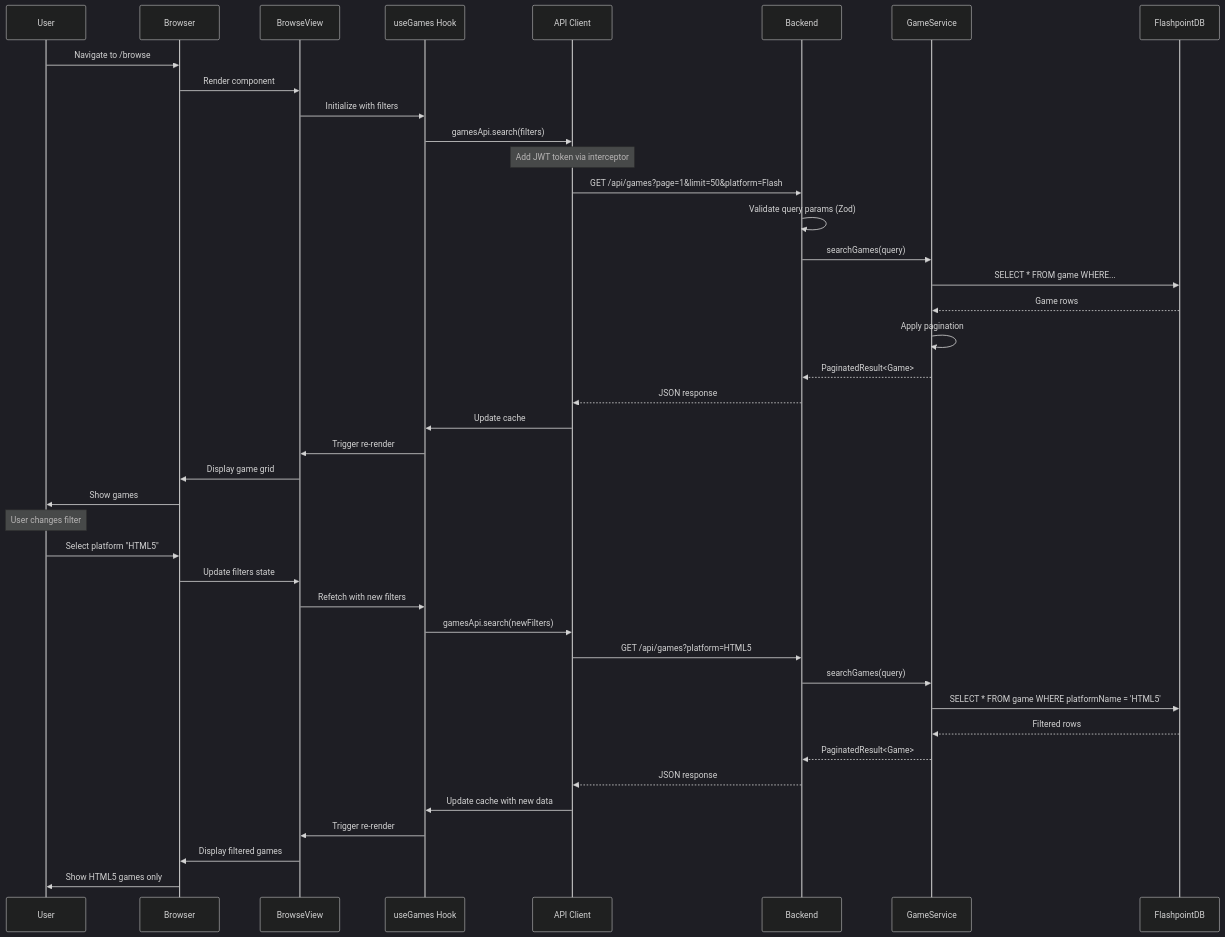
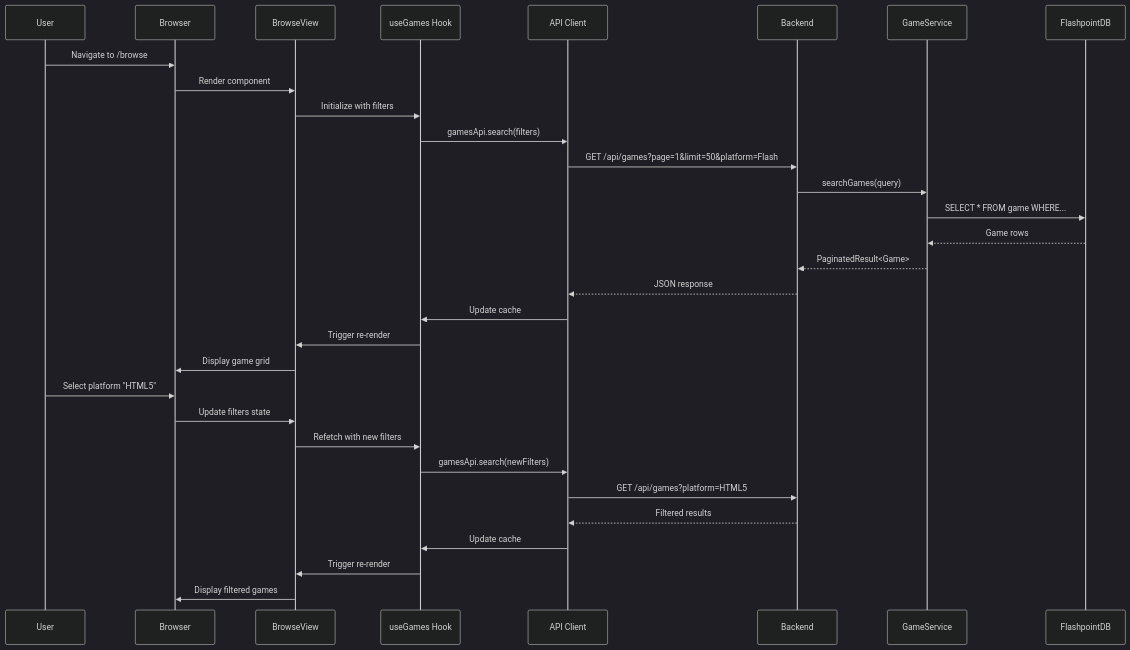
Before and after one commit to darkraise/flashpoint-web: the first of 9 diagrams in docs/02-architecture/data-flow-diagrams.md, drawn with Mermaid (dark theme). The commit also changed other lines of this file and 98 other files, not shown here.

````diff
--- a/docs/02-architecture/data-flow-diagrams.md
+++ b/docs/02-architecture/data-flow-diagrams.md
@@ -14,48 +5,36 @@
 ```mermaid
 sequenceDiagram
     participant User
     participant Browser
     participant BrowseView
     participant useGames Hook
     participant API Client
     participant Backend
     participant GameService
     participant FlashpointDB
 
     User->>Browser: Navigate to /browse
     Browser->>BrowseView: Render component
     BrowseView->>useGames Hook: Initialize with filters
     useGames Hook->>API Client: gamesApi.search(filters)
 
-    Note over API Client: Add JWT token via interceptor
-
     API Client->>Backend: GET /api/games?page=1&limit=50&platform=Flash
-    Backend->>Backend: Validate query params (Zod)
     Backend->>GameService: searchGames(query)
     GameService->>FlashpointDB: SELECT * FROM game WHERE...
     FlashpointDB-->>GameService: Game rows
-    GameService->>GameService: Apply pagination
     GameService-->>Backend: PaginatedResult<Game>
     Backend-->>API Client: JSON response
     API Client->>useGames Hook: Update cache
     useGames Hook->>BrowseView: Trigger re-render
     BrowseView->>Browser: Display game grid
-    Browser->>User: Show games
-
-    Note over User: User changes filter
 
     User->>Browser: Select platform "HTML5"
     Browser->>BrowseView: Update filters state
     BrowseView->>useGames Hook: Refetch with new filters
     useGames Hook->>API Client: gamesApi.search(newFilters)
     API Client->>Backend: GET /api/games?platform=HTML5
-    Backend->>GameService: searchGames(query)
-    GameService->>FlashpointDB: SELECT * FROM game WHERE platformName = 'HTML5'
-    FlashpointDB-->>GameService: Filtered rows
-    GameService-->>Backend: PaginatedResult<Game>
-    Backend-->>API Client: JSON response
-    API Client->>useGames Hook: Update cache with new data
+    Backend-->>API Client: Filtered results
+    API Client->>useGames Hook: Update cache
     useGames Hook->>BrowseView: Trigger re-render
     BrowseView->>Browser: Display filtered games
-    Browser->>User: Show HTML5 games only
 ```
````
